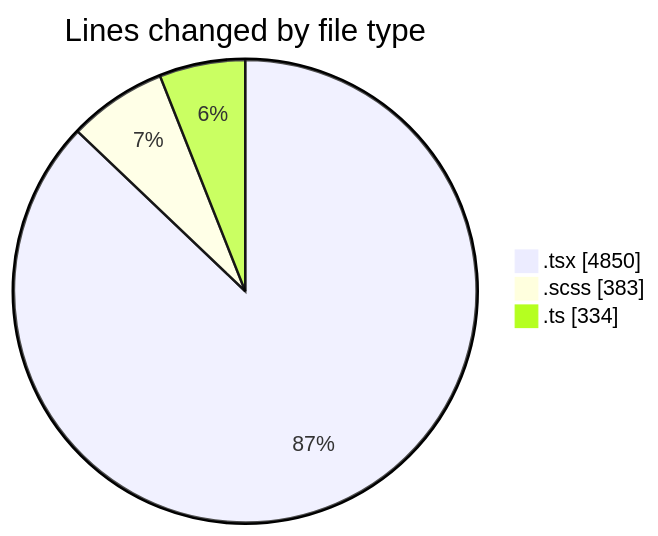
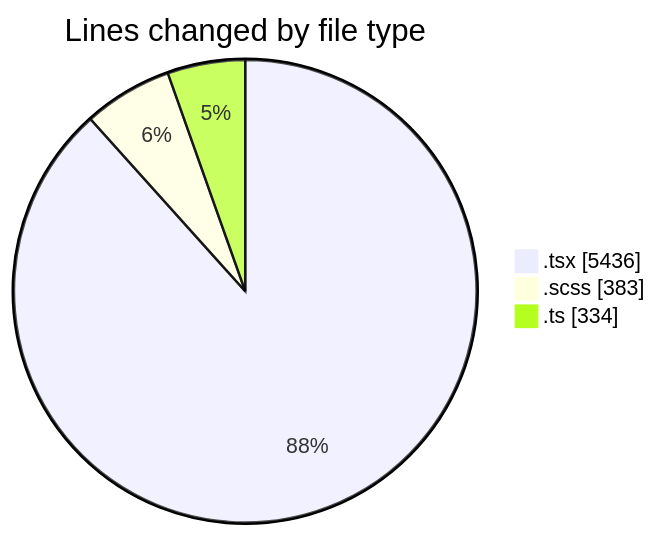
The first of 2 diagrams in 2025-07-03/cda/README.md (momahboobian/code-tracking), drawn with Mermaid before and after one commit. The commit also changed other lines of this file and 1 other file, not shown here.

````diff
--- a/2025-07-03/cda/README.md
+++ b/2025-07-03/cda/README.md
@@ -38,7 +39,7 @@
 ```mermaid
 pie showData
 title Lines changed by file type
-".tsx" : 4850
+".tsx" : 5436
 ".scss" : 383
 ".ts" : 334
 ```
````
